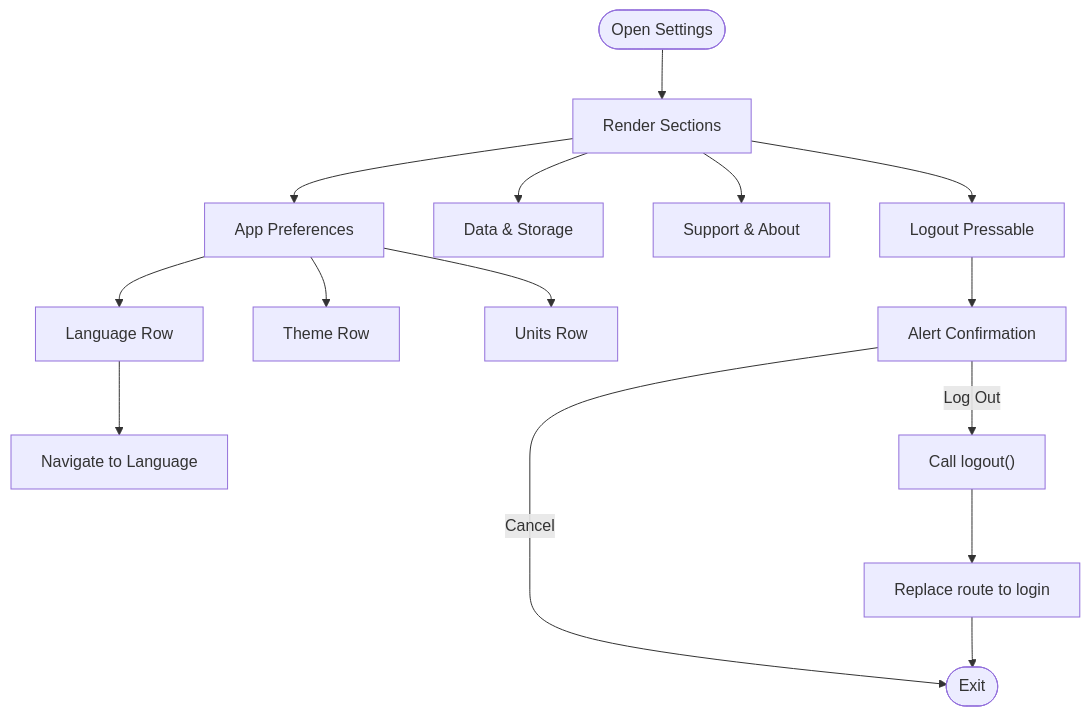
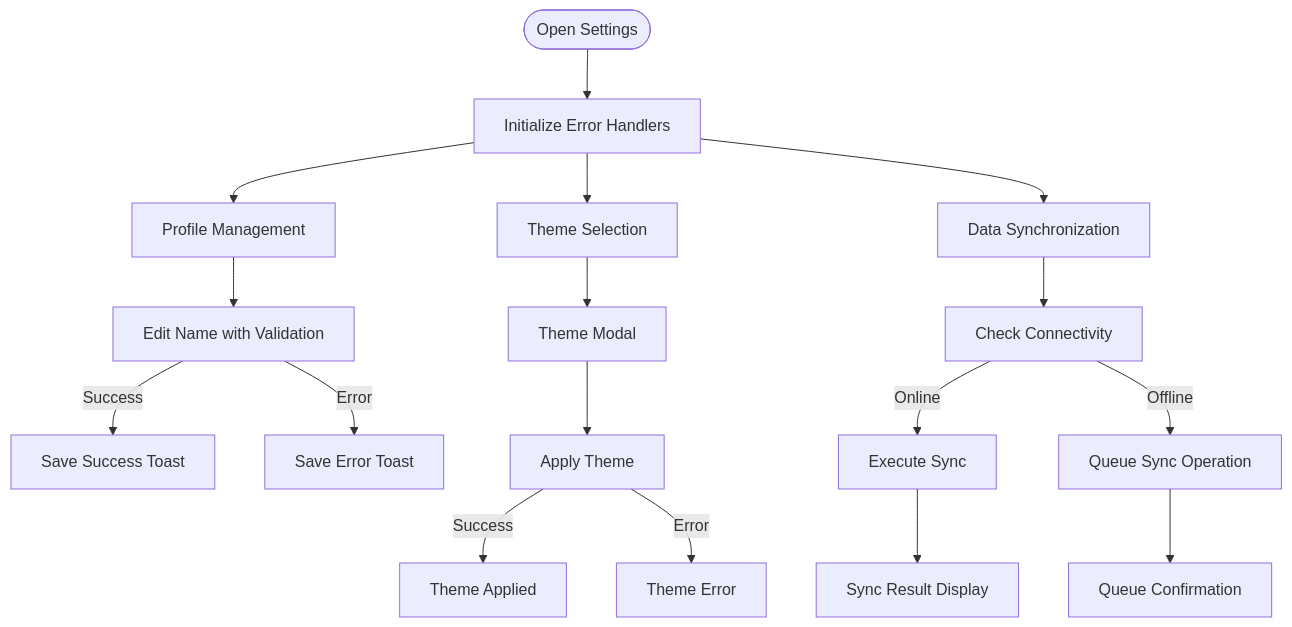
The third of 9 diagrams in .qoder/repowiki/en/content/Settings and Configuration.md (AdeelTahir-SE/DermSight), drawn with Mermaid before and after one commit. The commit also changed other lines of this file and 43 other files, not shown here.

````diff
--- a/.qoder/repowiki/en/content/Settings and Configuration.md
+++ b/.qoder/repowiki/en/content/Settings and Configuration.md
@@ -162,17 +200,19 @@
 ```mermaid
 flowchart TD
-Start(["Open Settings"]) --> Sections["Render Sections"]
-Sections --> Pref["App Preferences"]
-Pref --> LangRow["Language Row"]
-LangRow --> NavLang["Navigate to Language"]
-Pref --> ThemeRow["Theme Row"]
-Pref --> UnitsRow["Units Row"]
-Sections --> Data["Data & Storage"]
-Sections --> Support["Support & About"]
-Sections --> Logout["Logout Pressable"]
-Logout --> Confirm["Alert Confirmation"]
-Confirm --> |Cancel| End(["Exit"])
-Confirm --> |Log Out| DoLogout["Call logout()"]
-DoLogout --> Redirect["Replace route to login"]
-Redirect --> End
+Start(["Open Settings"]) --> ErrorHandler["Initialize Error Handlers"]
+ErrorHandler --> Profile["Profile Management"]
+Profile --> NameEdit["Edit Name with Validation"]
+NameEdit --> |Success| SaveSuccess["Save Success Toast"]
+NameEdit --> |Error| SaveError["Save Error Toast"]
+ErrorHandler --> ThemePicker["Theme Selection"]
+ThemePicker --> ThemeModal["Theme Modal"]
+ThemeModal --> ThemeApply["Apply Theme"]
+ThemeApply --> |Success| ThemeSuccess["Theme Applied"]
+ThemeApply --> |Error| ThemeError["Theme Error"]
+ErrorHandler --> DataSync["Data Synchronization"]
+DataSync --> SyncCheck["Check Connectivity"]
+SyncCheck --> |Online| ExecuteSync["Execute Sync"]
+SyncCheck --> |Offline| QueueSync["Queue Sync Operation"]
+ExecuteSync --> SyncResult["Sync Result Display"]
+QueueSync --> QueueMessage["Queue Confirmation"]
 ```
````
